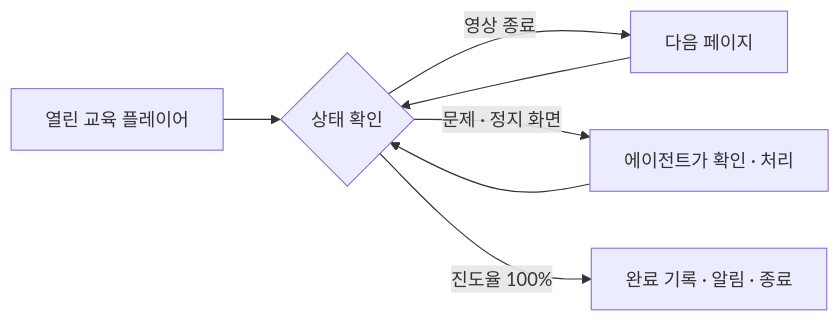
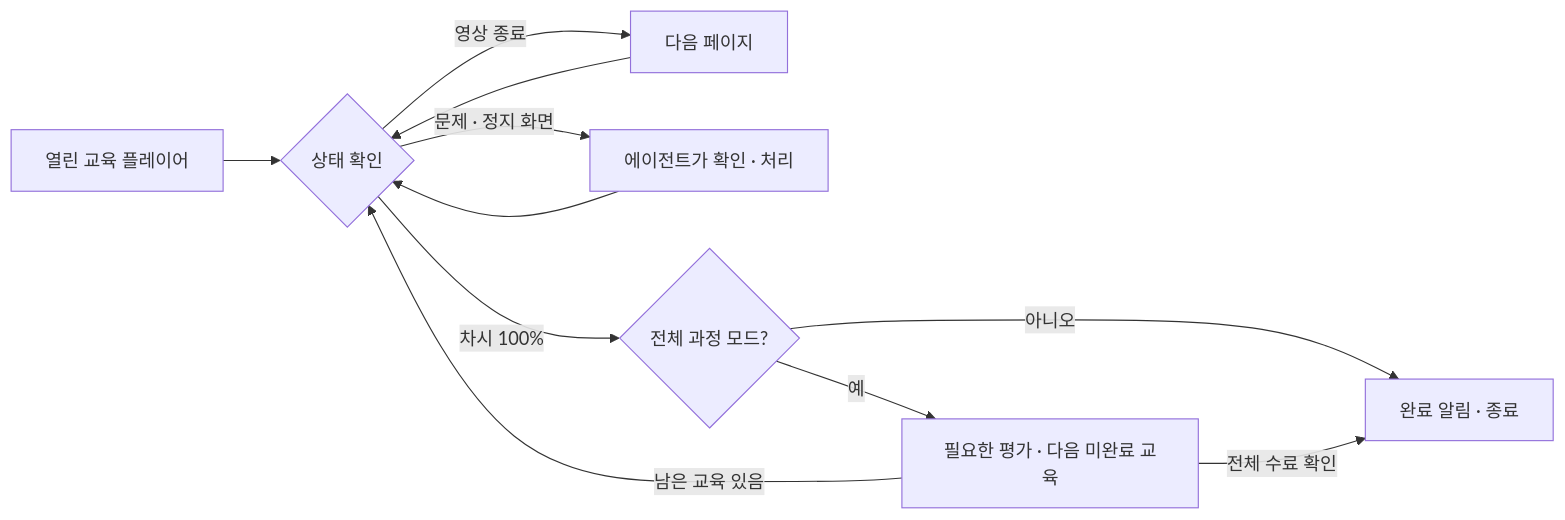
The diagram in README.md (nathankim0/kehrd-autoplay-skill), drawn with Mermaid before and after one commit. The commit also changed other lines of this file and 7 other files, not shown here.

````diff
--- a/README.md
+++ b/README.md
@@ -76,9 +78,13 @@
 ```mermaid
 flowchart LR
     A[열린 교육 플레이어] --> B{상태 확인}
     B -->|영상 종료| C[다음 페이지]
     C --> B
     B -->|문제 · 정지 화면| D[에이전트가 확인 · 처리]
     D --> B
-    B -->|진도율 100%| E[완료 기록 · 알림 · 종료]
+    B -->|차시 100%| E{전체 과정 모드?}
+    E -->|아니오| F[완료 알림 · 종료]
+    E -->|예| G[필요한 평가 · 다음 미완료 교육]
+    G -->|남은 교육 있음| B
+    G -->|전체 수료 확인| F
 ```
````
